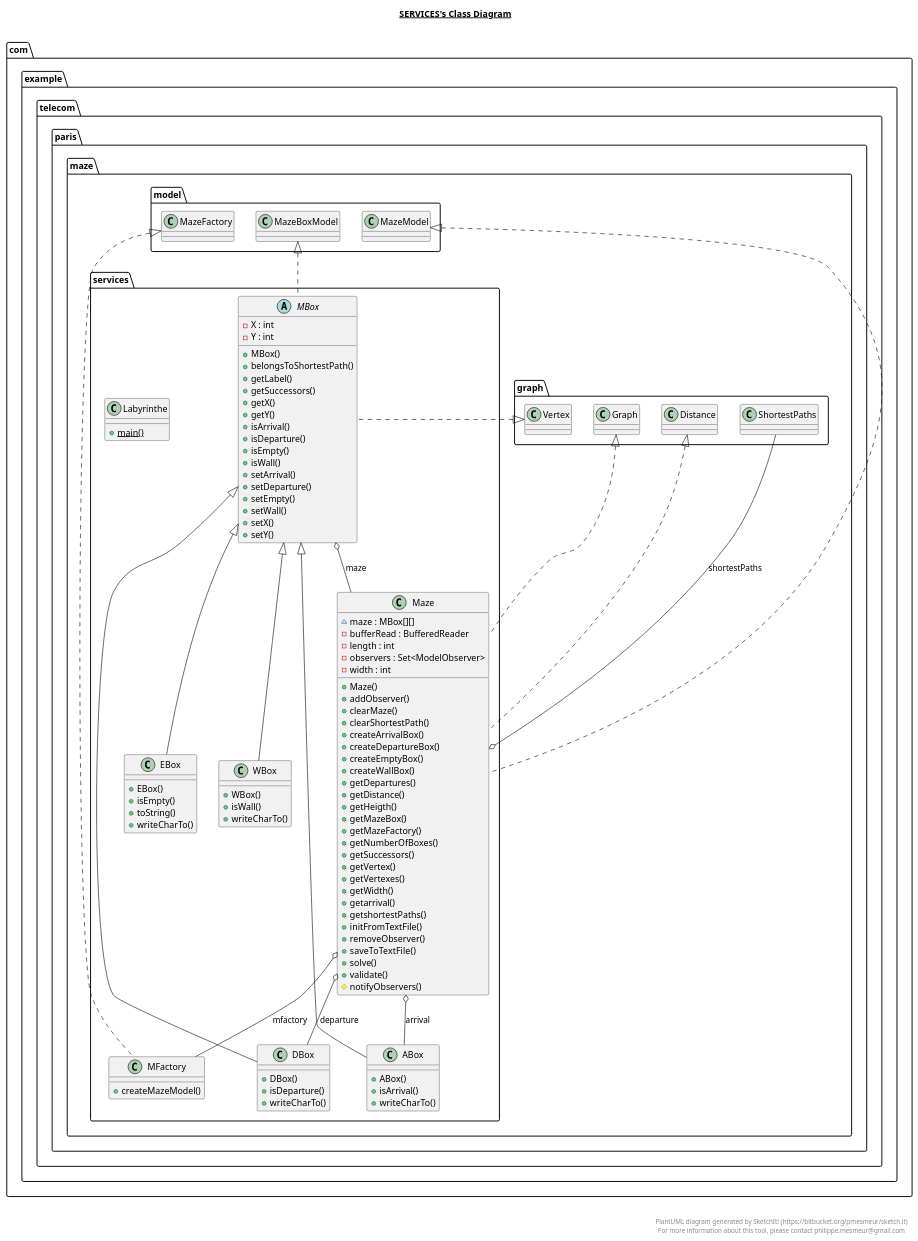
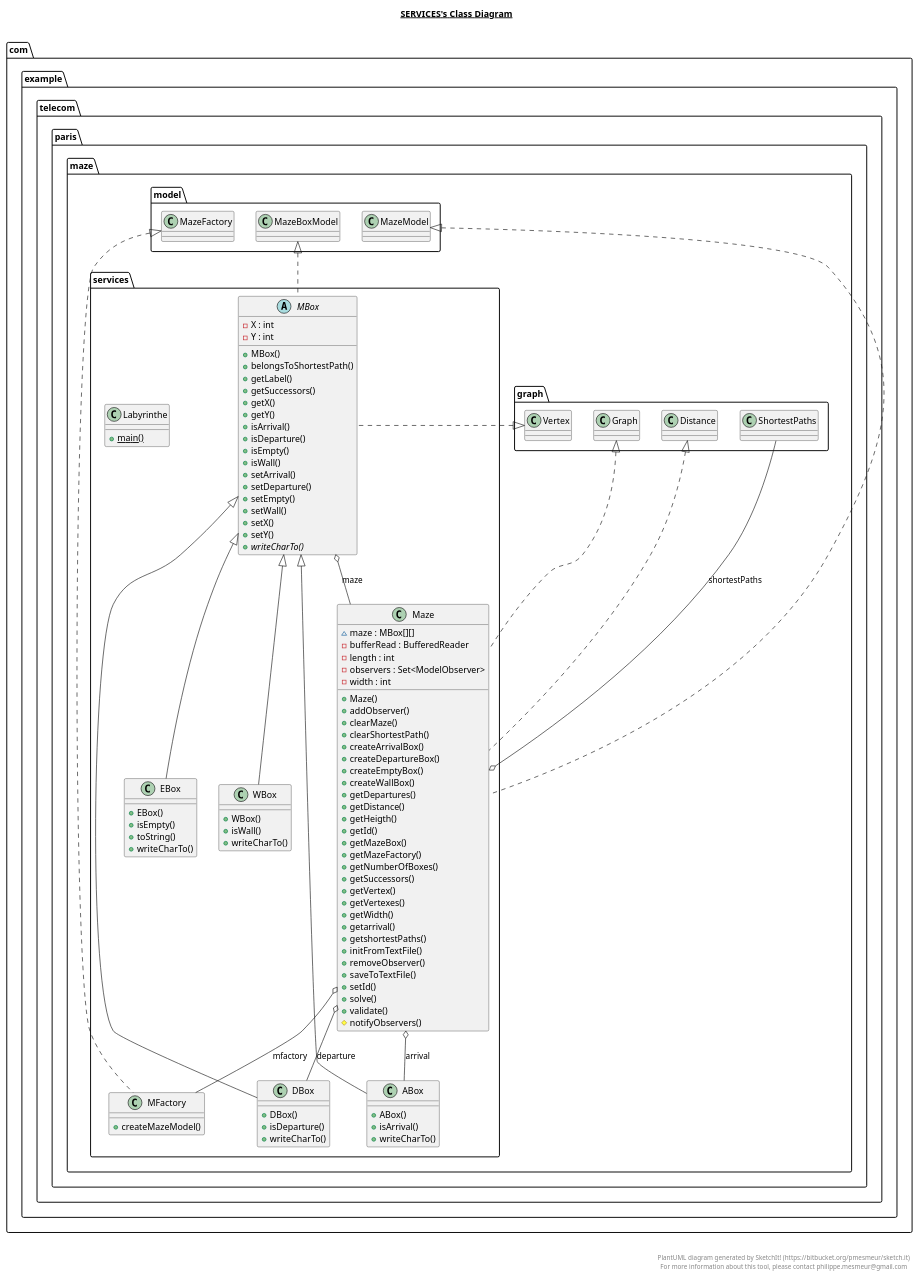
The diagram in src/main/java/com/example/telecom/paris/maze/services/services.plantuml (kali973/tp06MazuiDijkstra), drawn with PlantUML before and after one commit. The commit also changed 166 other files, not shown here.

```diff
--- a/src/main/java/com/example/telecom/paris/maze/services/services.plantuml
+++ b/src/main/java/com/example/telecom/paris/maze/services/services.plantuml
@@ -1,141 +1,144 @@
 @startuml
 
 title __SERVICES's Class Diagram__\n
 
   namespace com.example.telecom.paris.maze.services {
     class com.example.telecom.paris.maze.services.ABox {
         + ABox()
         + isArrival()
         + writeCharTo()
     }
   }
   
 
   namespace com.example.telecom.paris.maze.services {
     class com.example.telecom.paris.maze.services.DBox {
         + DBox()
         + isDeparture()
         + writeCharTo()
     }
   }
   
 
   namespace com.example.telecom.paris.maze.services {
     class com.example.telecom.paris.maze.services.EBox {
         + EBox()
         + isEmpty()
         + toString()
         + writeCharTo()
     }
   }
   
 
   namespace com.example.telecom.paris.maze.services {
     class com.example.telecom.paris.maze.services.Labyrinthe {
         {static} + main()
     }
   }
   
 
   namespace com.example.telecom.paris.maze.services {
     abstract class com.example.telecom.paris.maze.services.MBox {
         - X : int
         - Y : int
         + MBox()
         + belongsToShortestPath()
         + getLabel()
         + getSuccessors()
         + getX()
         + getY()
         + isArrival()
         + isDeparture()
         + isEmpty()
         + isWall()
         + setArrival()
         + setDeparture()
         + setEmpty()
         + setWall()
         + setX()
         + setY()
+        {abstract} + writeCharTo()
     }
   }
   
 
   namespace com.example.telecom.paris.maze.services {
     class com.example.telecom.paris.maze.services.MFactory {
         + createMazeModel()
     }
   }
   
 
   namespace com.example.telecom.paris.maze.services {
     class com.example.telecom.paris.maze.services.Maze {
         ~ maze : MBox[][]
         - bufferRead : BufferedReader
         - length : int
         - observers : Set<ModelObserver>
         - width : int
         + Maze()
         + addObserver()
         + clearMaze()
         + clearShortestPath()
         + createArrivalBox()
         + createDepartureBox()
         + createEmptyBox()
         + createWallBox()
         + getDepartures()
         + getDistance()
         + getHeigth()
+        + getId()
         + getMazeBox()
         + getMazeFactory()
         + getNumberOfBoxes()
         + getSuccessors()
         + getVertex()
         + getVertexes()
         + getWidth()
         + getarrival()
         + getshortestPaths()
         + initFromTextFile()
         + removeObserver()
         + saveToTextFile()
+        + setId()
         + solve()
         + validate()
         # notifyObservers()
     }
   }
   
 
   namespace com.example.telecom.paris.maze.services {
     class com.example.telecom.paris.maze.services.WBox {
         + WBox()
         + isWall()
         + writeCharTo()
     }
   }
   
 
   com.example.telecom.paris.maze.services.ABox -up-|> com.example.telecom.paris.maze.services.MBox
   com.example.telecom.paris.maze.services.DBox -up-|> com.example.telecom.paris.maze.services.MBox
   com.example.telecom.paris.maze.services.EBox -up-|> com.example.telecom.paris.maze.services.MBox
   com.example.telecom.paris.maze.services.MBox .up.|> com.example.telecom.paris.maze.graph.Vertex
   com.example.telecom.paris.maze.services.MBox .up.|> com.example.telecom.paris.maze.model.MazeBoxModel
   com.example.telecom.paris.maze.services.MBox o-- com.example.telecom.paris.maze.services.Maze : maze
   com.example.telecom.paris.maze.services.MFactory .up.|> com.example.telecom.paris.maze.model.MazeFactory
   com.example.telecom.paris.maze.services.Maze .up.|> com.example.telecom.paris.maze.graph.Distance
   com.example.telecom.paris.maze.services.Maze .up.|> com.example.telecom.paris.maze.graph.Graph
   com.example.telecom.paris.maze.services.Maze .up.|> com.example.telecom.paris.maze.model.MazeModel
   com.example.telecom.paris.maze.services.Maze o-- com.example.telecom.paris.maze.services.ABox : arrival
   com.example.telecom.paris.maze.services.Maze o-- com.example.telecom.paris.maze.services.DBox : departure
   com.example.telecom.paris.maze.services.Maze o-- com.example.telecom.paris.maze.services.MFactory : mfactory
   com.example.telecom.paris.maze.services.Maze o-- com.example.telecom.paris.maze.graph.ShortestPaths : shortestPaths
   com.example.telecom.paris.maze.services.WBox -up-|> com.example.telecom.paris.maze.services.MBox
 
 
 right footer
 
 
 PlantUML diagram generated by SketchIt! (https://bitbucket.org/pmesmeur/sketch.it)
 For more information about this tool, please contact philippe.mesmeur@gmail.com
 endfooter
 
 @enduml
```
